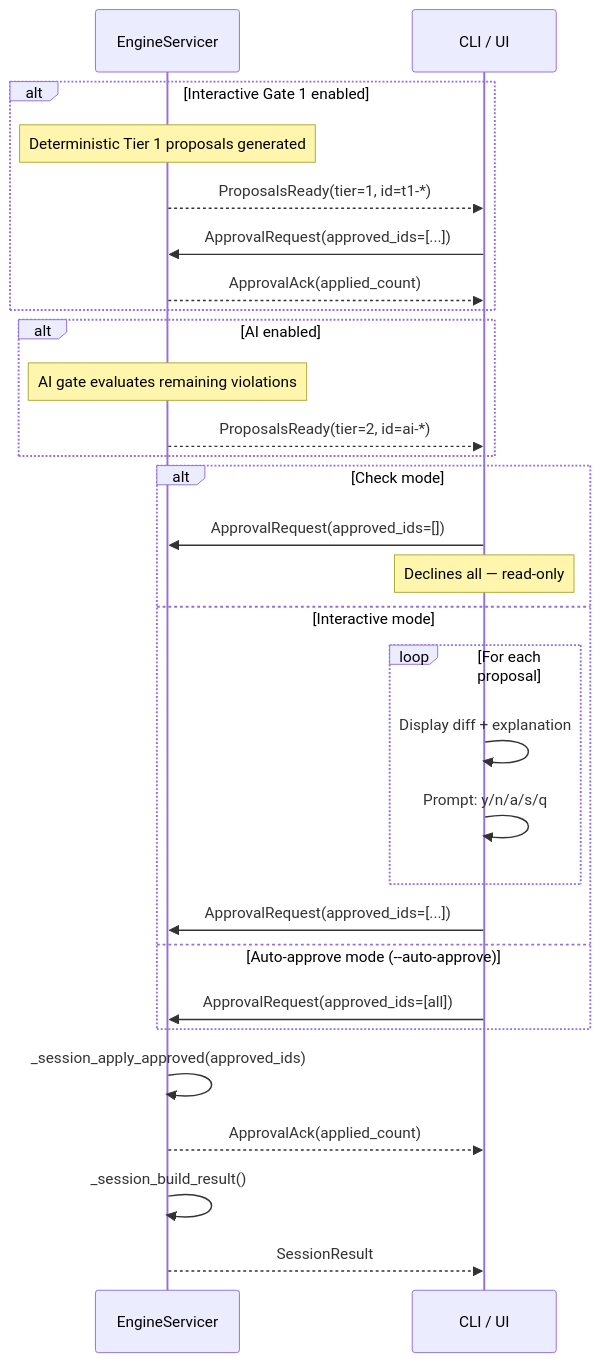
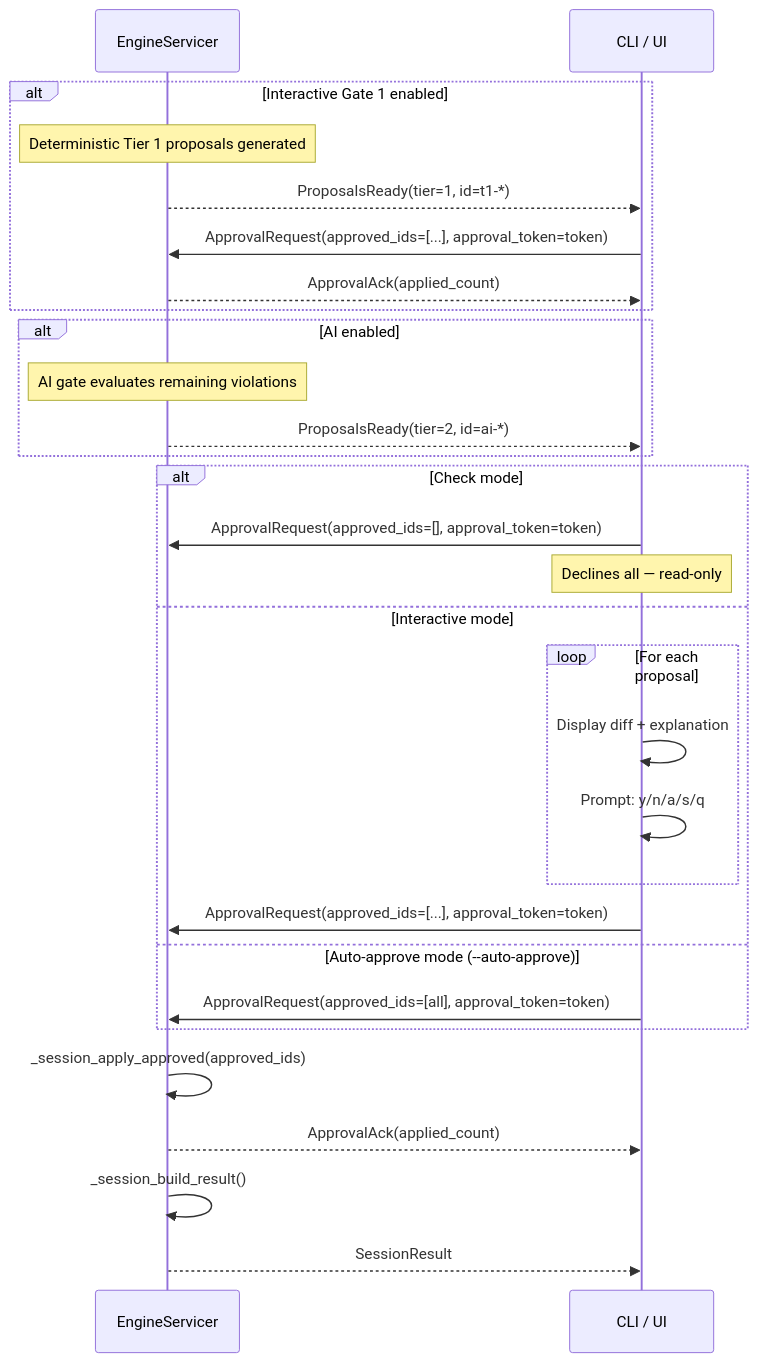
One commit to ansible/apme changed the diagram in docs/architecture/10-human-approval.md. Above: the diagram before and after it, drawn with Mermaid. The commit also changed other lines of this file and 39 other files, not shown here.

````diff
--- a/docs/architecture/10-human-approval.md
+++ b/docs/architecture/10-human-approval.md
@@ -15,35 +15,35 @@
 ```mermaid
 sequenceDiagram
     participant Engine as EngineServicer
     participant CLI as CLI / UI
 
     alt Interactive Gate 1 enabled
         Note over Engine: Deterministic Tier 1 proposals generated
         Engine-->>CLI: ProposalsReady(tier=1, id=t1-*)
-        CLI->>Engine: ApprovalRequest(approved_ids=[...])
+        CLI->>Engine: ApprovalRequest(approved_ids=[...], approval_token=token)
         Engine-->>CLI: ApprovalAck(applied_count)
     end
 
     alt AI enabled
         Note over Engine: AI gate evaluates remaining violations
         Engine-->>CLI: ProposalsReady(tier=2, id=ai-*)
     end
 
     alt Check mode
-        CLI->>Engine: ApprovalRequest(approved_ids=[])
+        CLI->>Engine: ApprovalRequest(approved_ids=[], approval_token=token)
         Note over CLI: Declines all — read-only
     else Interactive mode
         loop For each proposal
             CLI->>CLI: Display diff + explanation
             CLI->>CLI: Prompt: y/n/a/s/q
         end
-        CLI->>Engine: ApprovalRequest(approved_ids=[...])
+        CLI->>Engine: ApprovalRequest(approved_ids=[...], approval_token=token)
     else Auto-approve mode (--auto-approve)
-        CLI->>Engine: ApprovalRequest(approved_ids=[all])
+        CLI->>Engine: ApprovalRequest(approved_ids=[all], approval_token=token)
     end
 
     Engine->>Engine: _session_apply_approved(approved_ids)
     Engine-->>CLI: ApprovalAck(applied_count)
     Engine->>Engine: _session_build_result()
     Engine-->>CLI: SessionResult
 ```
````
